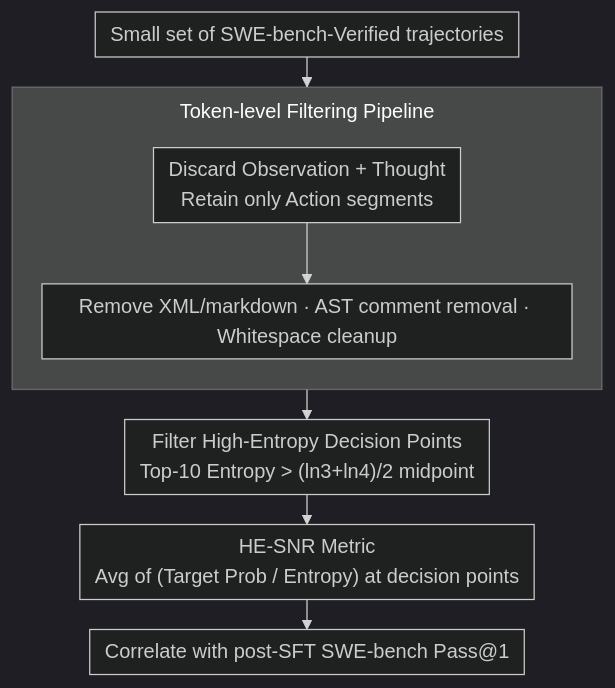
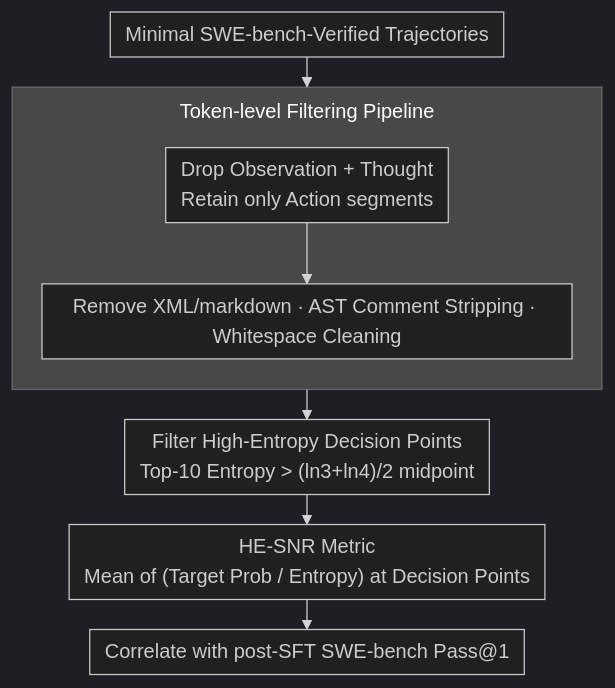
Before and after one commit to zhaoyang97/Paper-Notes-en: the diagram in docs/ICML2026/code_intelligence/he-snr_uncovering_latent_logic_via_entropy_for_guiding_mid-training_on_swe-bench.md, drawn with Mermaid (dark theme). The commit also changed other lines of this file and 5084 other files, not shown here.

````diff
--- a/docs/ICML2026/code_intelligence/he-snr_uncovering_latent_logic_via_entropy_for_guiding_mid-training_on_swe-bench.md
+++ b/docs/ICML2026/code_intelligence/he-snr_uncovering_latent_logic_via_entropy_for_guiding_mid-training_on_swe-bench.md
@@ -43,12 +43,12 @@
 ```mermaid
 %%{init: {'flowchart': {'rankSpacing': 24, 'nodeSpacing': 28, 'padding': 6, 'wrappingWidth': 400, 'subGraphTitleMargin': {'top': 8, 'bottom': 16}}}}%%
 flowchart TD
-    A["Small set of SWE-bench-Verified trajectories"] --> B
+    A["Minimal SWE-bench-Verified Trajectories"] --> B
     subgraph FILTER["Token-level Filtering Pipeline"]
         direction TB
-        B["Discard Observation + Thought<br/>Retain only Action segments"] --> C["Remove XML/markdown · AST comment removal · Whitespace cleanup"]
+        B["Drop Observation + Thought<br/>Retain only Action segments"] --> C["Remove XML/markdown · AST Comment Stripping · Whitespace Cleaning"]
     end
     C --> D["Filter High-Entropy Decision Points<br/>Top-10 Entropy > (ln3+ln4)/2 midpoint"]
-    D --> E["HE-SNR Metric<br/>Avg of (Target Prob / Entropy) at decision points"]
+    D --> E["HE-SNR Metric<br/>Mean of (Target Prob / Entropy) at Decision Points"]
     E --> F["Correlate with post-SFT SWE-bench Pass@1"]
 ```
````
